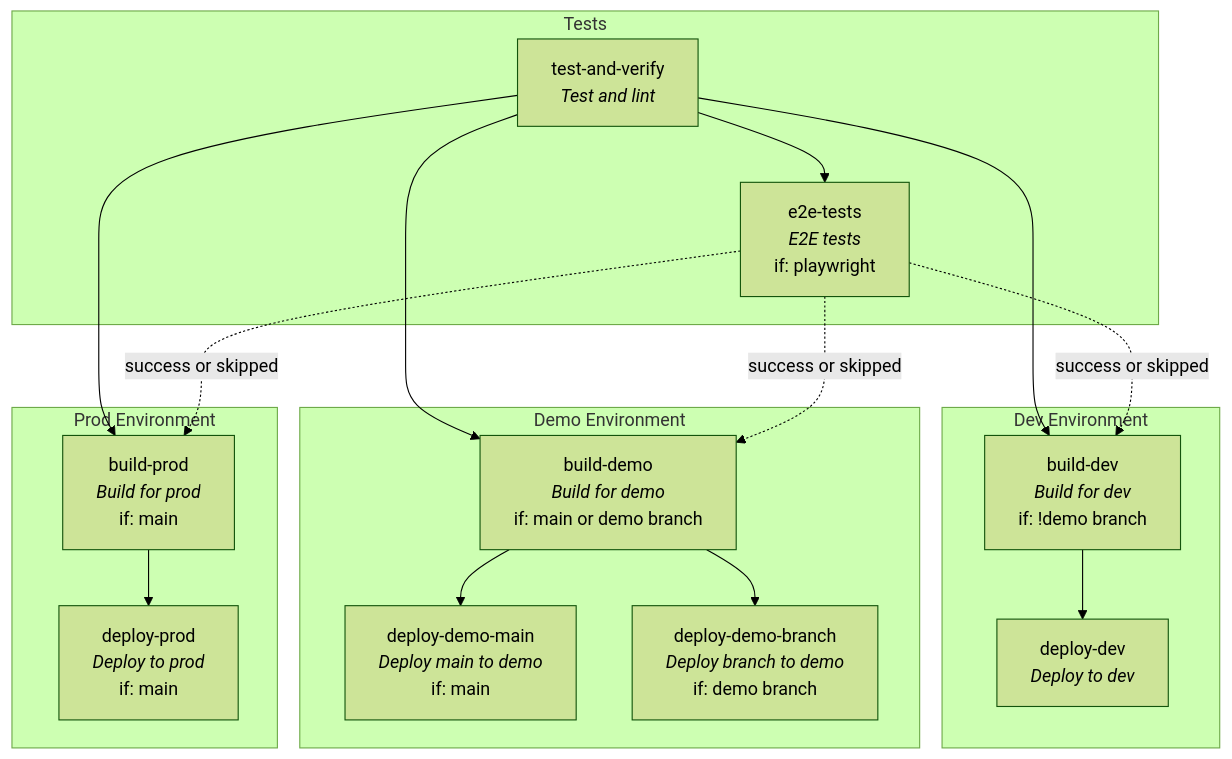
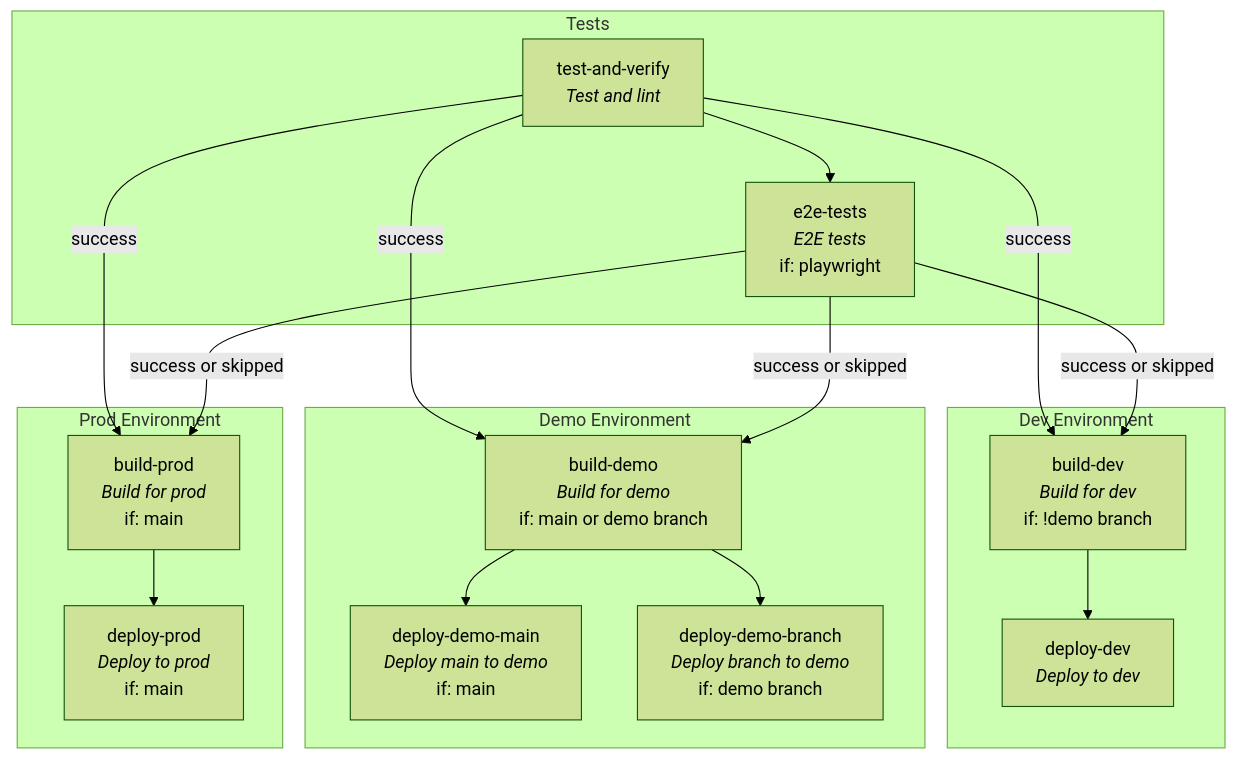
One commit to navikt/teamesyfo-github-actions-workflows changed the diagram in README.md. Above: the diagram before and after it, drawn with Mermaid (forest theme). The commit also changed 1 other file, not shown here.

Commit message:
fix: no skipped build job when e2e is skipped

````diff
--- a/README.md
+++ b/README.md
@@ -9,35 +9,35 @@
 ```mermaid
 flowchart TD
     subgraph Tests
         A[test-and-verify<br><i>Test and lint</i>]
         B[e2e-tests<br><i>E2E tests</i><br>if: playwright]
     end
 
     subgraph "Dev Environment"
         C[build-dev<br><i>Build for dev</i><br>if: !demo branch]
         D[deploy-dev<br><i>Deploy to dev</i>]
     end
 
     subgraph "Demo Environment"
         E[build-demo<br><i>Build for demo</i><br>if: main or demo branch]
         F[deploy-demo-main<br><i>Deploy main to demo</i><br>if: main]
         G[deploy-demo-branch<br><i>Deploy branch to demo</i><br>if: demo branch]
     end
 
     subgraph "Prod Environment"
         H[build-prod<br><i>Build for prod</i><br>if: main]
         I[deploy-prod<br><i>Deploy to prod</i><br>if: main]
     end
 
     A --> B
-    A --> C
-    A --> E
-    A --> H
-    B -.->|success or skipped| C
-    B -.->|success or skipped| E
-    B -.->|success or skipped| H
+    A -->|success| C
+    A -->|success| E
+    A -->|success| H
+    B -->|success or skipped| C
+    B -->|success or skipped| E
+    B -->|success or skipped| H
     C --> D
     E --> F
     E --> G
     H --> I
 ```
````
